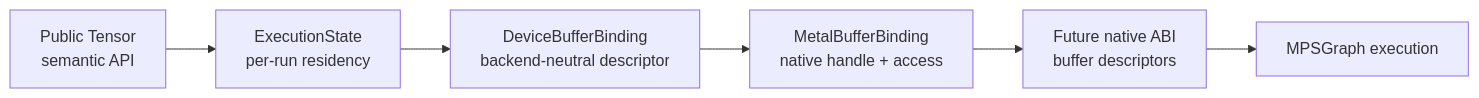
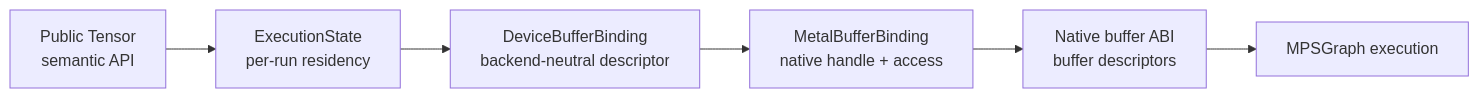
The fourth of 6 diagrams in docs/architecture.md (pho001/Synaptik), drawn with Mermaid before and after one commit. The commit also changed other lines of this file and 14 other files, not shown here.

````diff
--- a/docs/architecture.md
+++ b/docs/architecture.md
@@ -470,15 +472,15 @@
 ```mermaid
 flowchart LR
     JavaTensor["Public Tensor\nsemantic API"]
     ExecutionState["ExecutionState\nper-run residency"]
     Binding["DeviceBufferBinding\nbackend-neutral descriptor"]
     MetalBinding["MetalBufferBinding\nnative handle + access"]
-    NativeAbi["Future native ABI\nbuffer descriptors"]
+    NativeAbi["Native buffer ABI\nbuffer descriptors"]
     MPS["MPSGraph execution"]
 
     JavaTensor --> ExecutionState
     ExecutionState --> Binding
     Binding --> MetalBinding
     MetalBinding --> NativeAbi
     NativeAbi --> MPS
 ```
````
